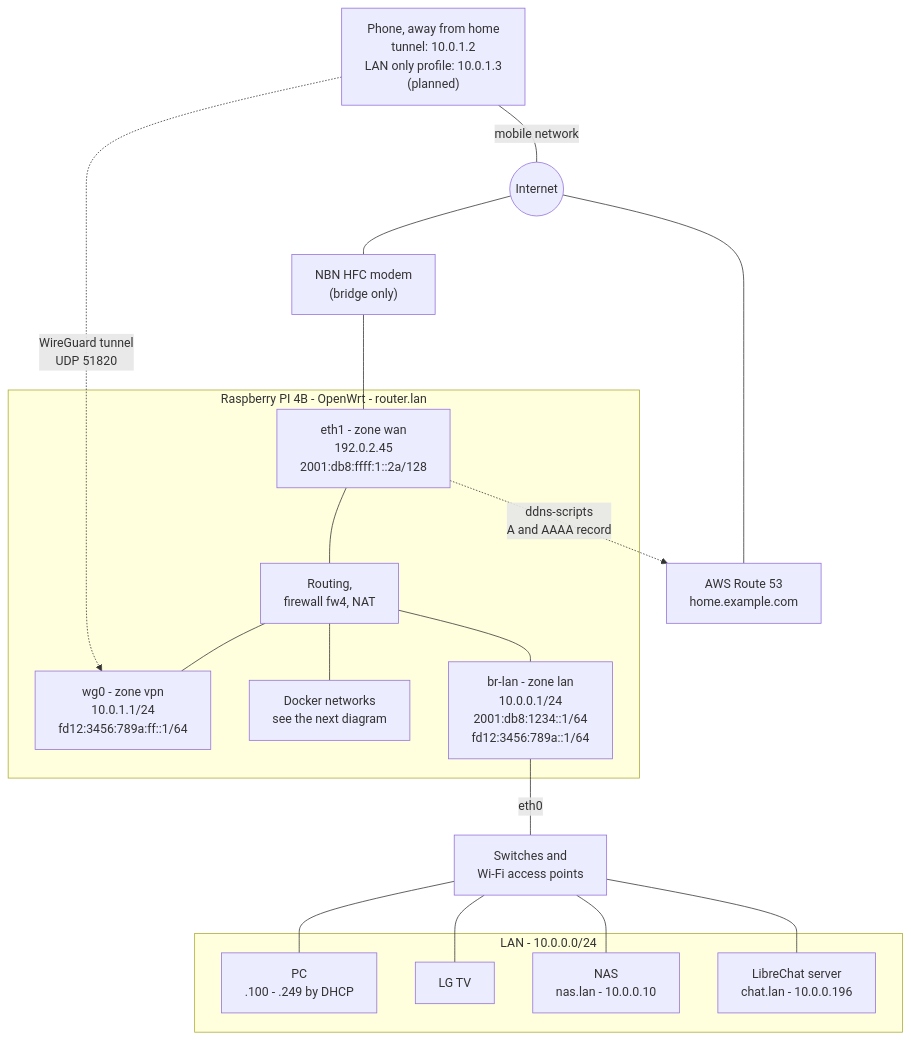
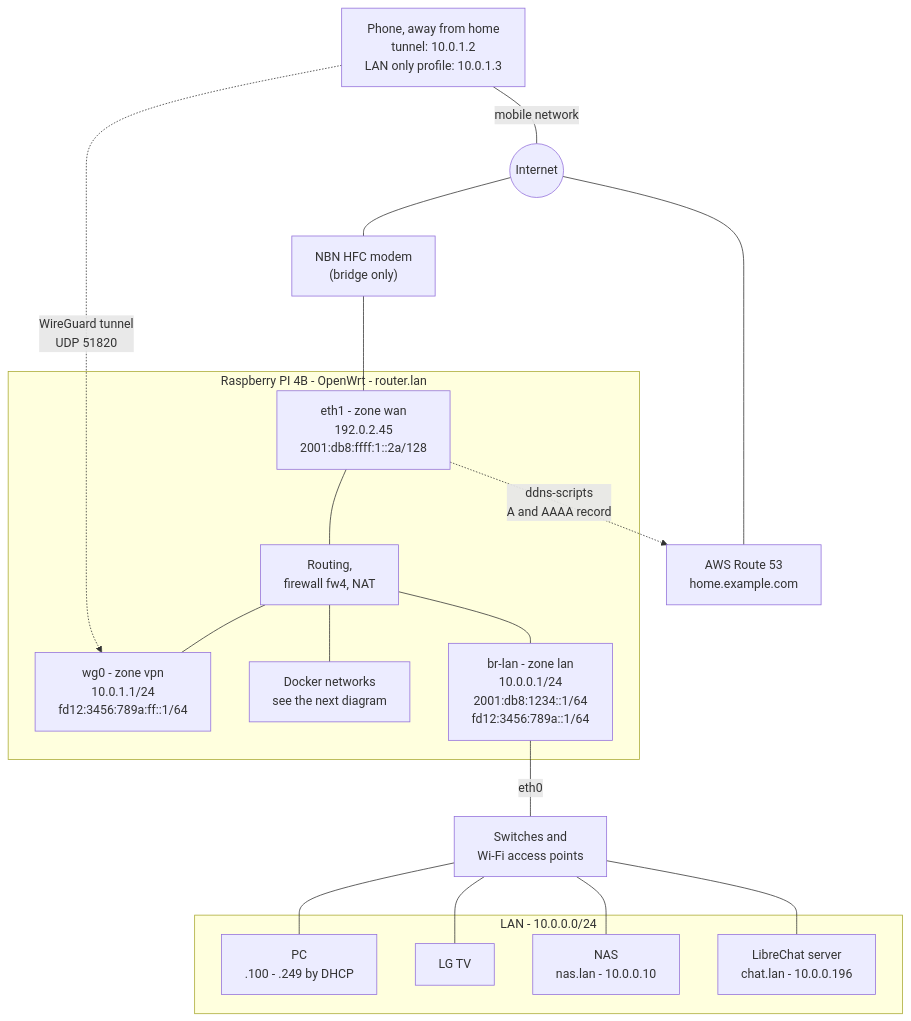
The first of 6 diagrams in content/docs/articles/Networking/openwrt-raspberry-pi-4b-network-architecture.md (ThomasZeman/tomcore-website), drawn with Mermaid before and after one commit. The commit also changed other lines of this file and 1 other file, not shown here.

First line of the commit message:
Mark the LAN-only WireGuard profile as set up and tested

```diff
--- a/content/docs/articles/Networking/openwrt-raspberry-pi-4b-network-architecture.md
+++ b/content/docs/articles/Networking/openwrt-raspberry-pi-4b-network-architecture.md
@@ -86,34 +86,34 @@
 {{< mermaid >}}
 flowchart TB
-  phone["Phone, away from home<br/>tunnel: 10.0.1.2<br/>LAN only profile: 10.0.1.3<br/>(planned)"]
+  phone["Phone, away from home<br/>tunnel: 10.0.1.2<br/>LAN only profile: 10.0.1.3"]
   r53["AWS Route 53<br/>home.example.com"]
   inet(("Internet"))
   phone ---|"mobile network"| inet
   r53 --- inet
   inet --- modem["NBN HFC modem<br/>(bridge only)"]
   modem --- wan
   subgraph pi["Raspberry PI 4B - OpenWrt - router.lan"]
     wan["eth1 - zone wan<br/>192.0.2.45<br/>2001:db8:ffff:1::2a/128"]
     fw["Routing,<br/>firewall fw4, NAT"]
     wg0["wg0 - zone vpn<br/>10.0.1.1/24<br/>fd12:3456:789a:ff::1/64"]
     dk["Docker networks<br/>see the next diagram"]
     brlan["br-lan - zone lan<br/>10.0.0.1/24<br/>2001:db8:1234::1/64<br/>fd12:3456:789a::1/64"]
     wan --- fw
     fw --- wg0
     fw --- dk
     fw --- brlan
   end
   brlan ---|"eth0"| sw["Switches and<br/>Wi-Fi access points"]
   subgraph home["LAN - 10.0.0.0/24"]
     pc["PC<br/>.100 - .249 by DHCP"]
     tv["LG TV"]
     nas["NAS<br/>nas.lan - 10.0.0.10"]
     chatpc["LibreChat server<br/>chat.lan - 10.0.0.196"]
   end
   sw --- pc
   sw --- tv
   sw --- nas
   sw --- chatpc
   phone -. "WireGuard tunnel<br/>UDP 51820" .-> wg0
   wan -. "ddns-scripts<br/>A and AAAA record" .-> r53
 {{< /mermaid >}}
```
